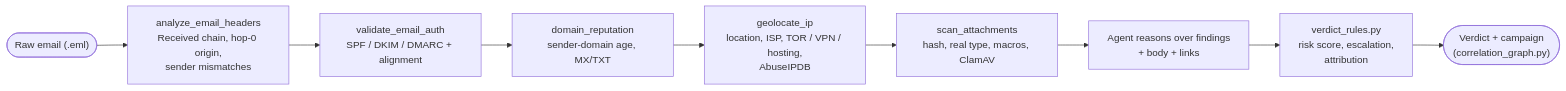
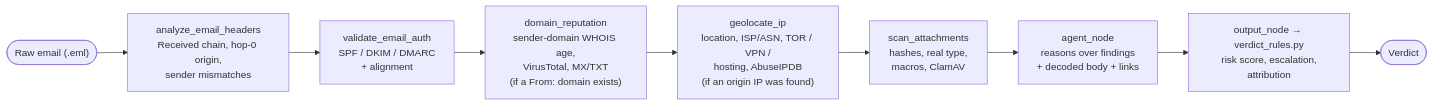
The third of 4 diagrams in README.md (code-YK/Security-Copilot-Sih26), drawn with Mermaid before and after one commit. The commit also changed other lines of this file and 2 other files, not shown here.

````diff
--- a/README.md
+++ b/README.md
@@ -125,11 +116,11 @@
 ```mermaid
 flowchart LR
-    EML(["Raw email (.eml)"]) --> HDR["analyze_email_headers\nReceived chain, hop-0 origin,\nsender mismatches"]
-    HDR --> AUTH["validate_email_auth\nSPF / DKIM / DMARC + alignment"]
-    AUTH --> REP["domain_reputation\nsender-domain age, MX/TXT"]
-    REP --> GEO["geolocate_ip\nlocation, ISP, TOR / VPN / hosting,\nAbuseIPDB"]
-    GEO --> ATT["scan_attachments\nhash, real type, macros, ClamAV"]
-    ATT --> AGENT["Agent reasons over findings\n+ body + links"]
-    AGENT --> RULES["verdict_rules.py\nrisk score, escalation,\nattribution"]
-    RULES --> OUT(["Verdict + campaign\n(correlation_graph.py)"])
+    EML(["Raw email (.eml)"]) --> HDR["analyze_email_headers<br/>Received chain, hop-0 origin,<br/>sender mismatches"]
+    HDR --> AUTH["validate_email_auth<br/>SPF / DKIM / DMARC<br/>+ alignment"]
+    AUTH --> REP["domain_reputation<br/>sender-domain WHOIS age,<br/>VirusTotal, MX/TXT<br/>(if a From: domain exists)"]
+    REP --> GEO["geolocate_ip<br/>location, ISP/ASN, TOR / VPN /<br/>hosting, AbuseIPDB<br/>(if an origin IP was found)"]
+    GEO --> ATT["scan_attachments<br/>hashes, real type,<br/>macros, ClamAV"]
+    ATT --> AGENT["agent_node<br/>reasons over findings<br/>+ decoded body + links"]
+    AGENT --> RULES["output_node → verdict_rules.py<br/>risk score, escalation,<br/>attribution"]
+    RULES --> OUT(["Verdict"])
 ```
````
